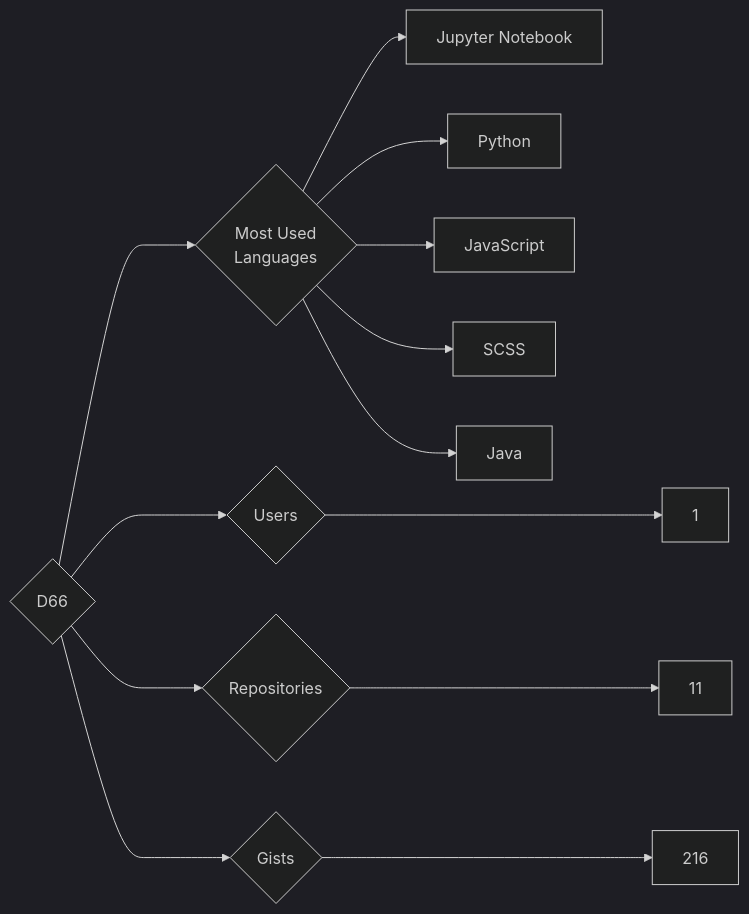
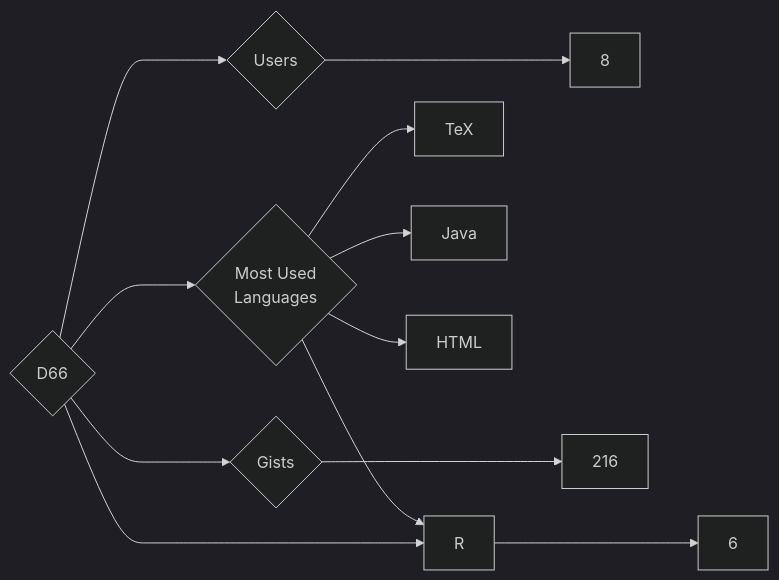
One commit to trickest/insiders changed the diagram in targets/D66/README.md. Above: the diagram before and after it, drawn with Mermaid (dark theme). The commit also changed 786 other files, not shown here.

````diff
--- a/targets/D66/README.md
+++ b/targets/D66/README.md
@@ -3,13 +3,12 @@
 ```mermaid
 graph LR
 COMPANY_NAME{D66}
-COMPANY_NAME ---> U{Users} ---> UN[1]
-COMPANY_NAME ---> R{Repositories} ---> RN[11]
+COMPANY_NAME ---> U{Users} ---> UN[8]
+COMPANY_NAME ---> R{Repositories} ---> RN[6]
 COMPANY_NAME ---> G{Gists} ---> GN[216]
 COMPANY_NAME ---> ML{Most Used<br>Languages}
-ML --> Jupyter_Notebook[Jupyter Notebook]
-ML --> Python[Python]
-ML --> JavaScript[JavaScript]
-ML --> SCSS[SCSS]
+ML --> TeX[TeX]
+ML --> R[R]
 ML --> Java[Java]
+ML --> HTML[HTML]
 ```
````
